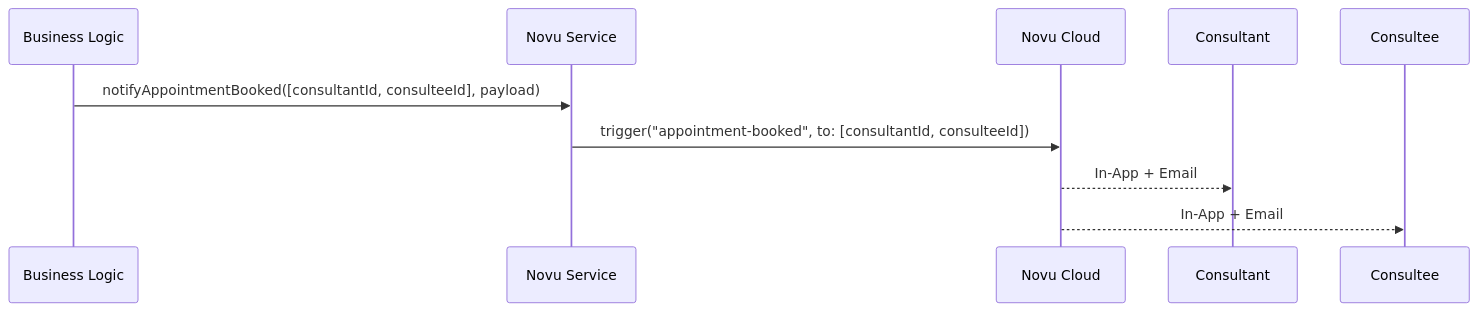
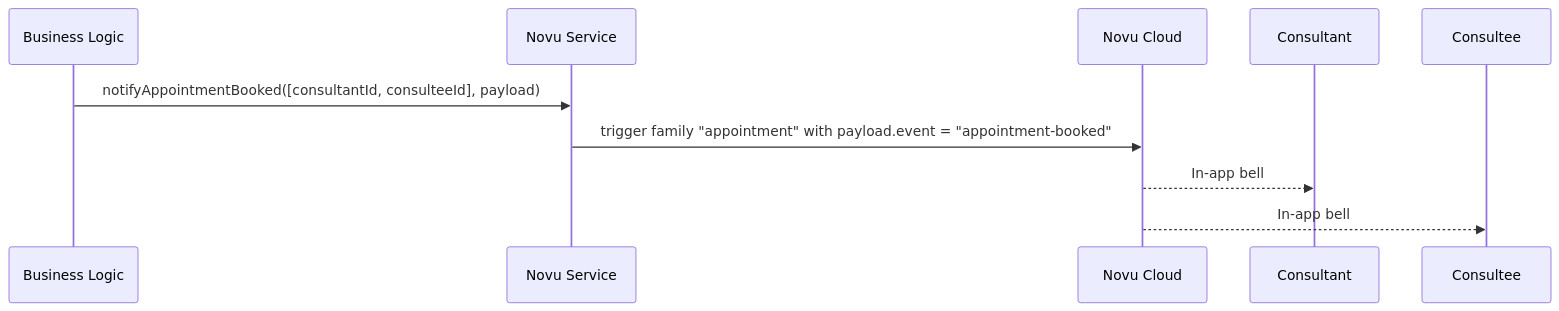
The first of 2 diagrams in docs/notifications/02-workflows-and-api.md (Practitionist/familiarise_web), drawn with Mermaid before and after one commit. The commit also changed other lines of this file and 18 other files, not shown here.

````diff
--- a/docs/notifications/02-workflows-and-api.md
+++ b/docs/notifications/02-workflows-and-api.md
@@ -154,13 +95,13 @@
 ```mermaid
 sequenceDiagram
     participant BL as Business Logic
     participant NS as Novu Service
     participant NC as Novu Cloud
     participant C as Consultant
     participant U as Consultee
 
     BL->>NS: notifyAppointmentBooked([consultantId, consulteeId], payload)
-    NS->>NC: trigger("appointment-booked", to: [consultantId, consulteeId])
-    NC-->>C: In-App + Email
-    NC-->>U: In-App + Email
+    NS->>NC: trigger family "appointment" with payload.event = "appointment-booked"
+    NC-->>C: In-app bell
+    NC-->>U: In-app bell
 ```
````
